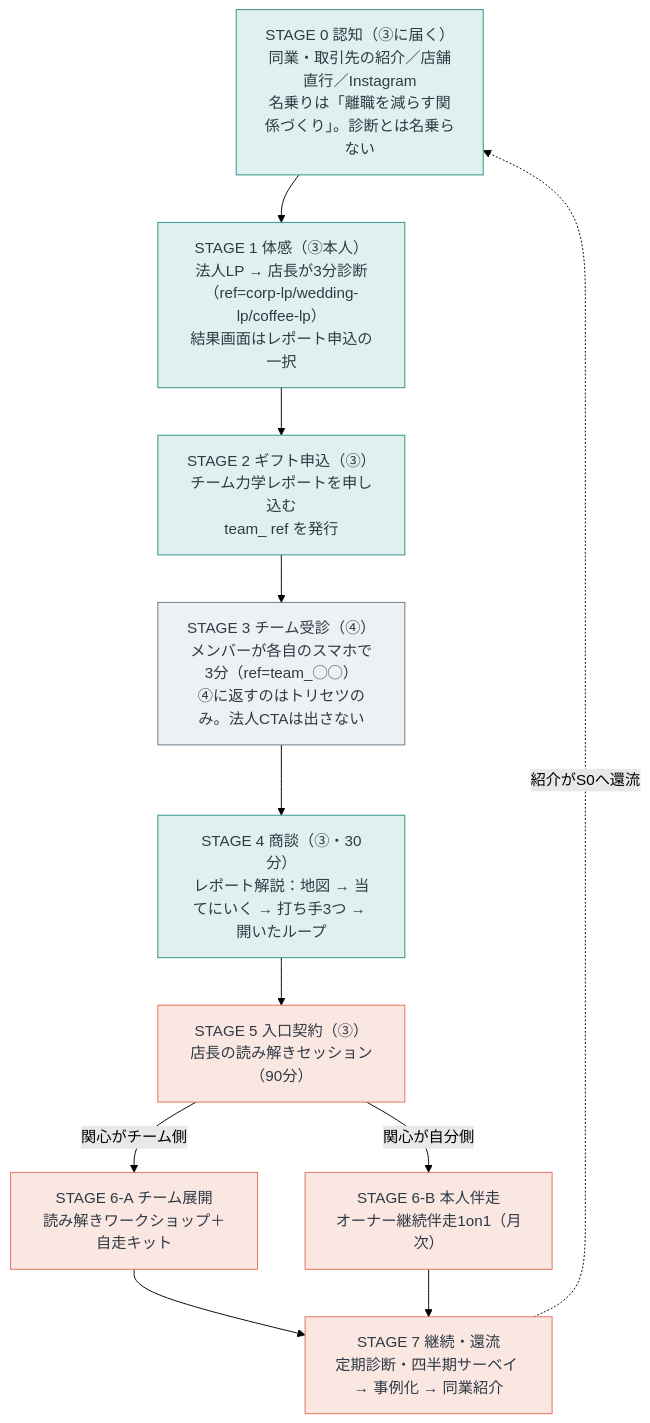
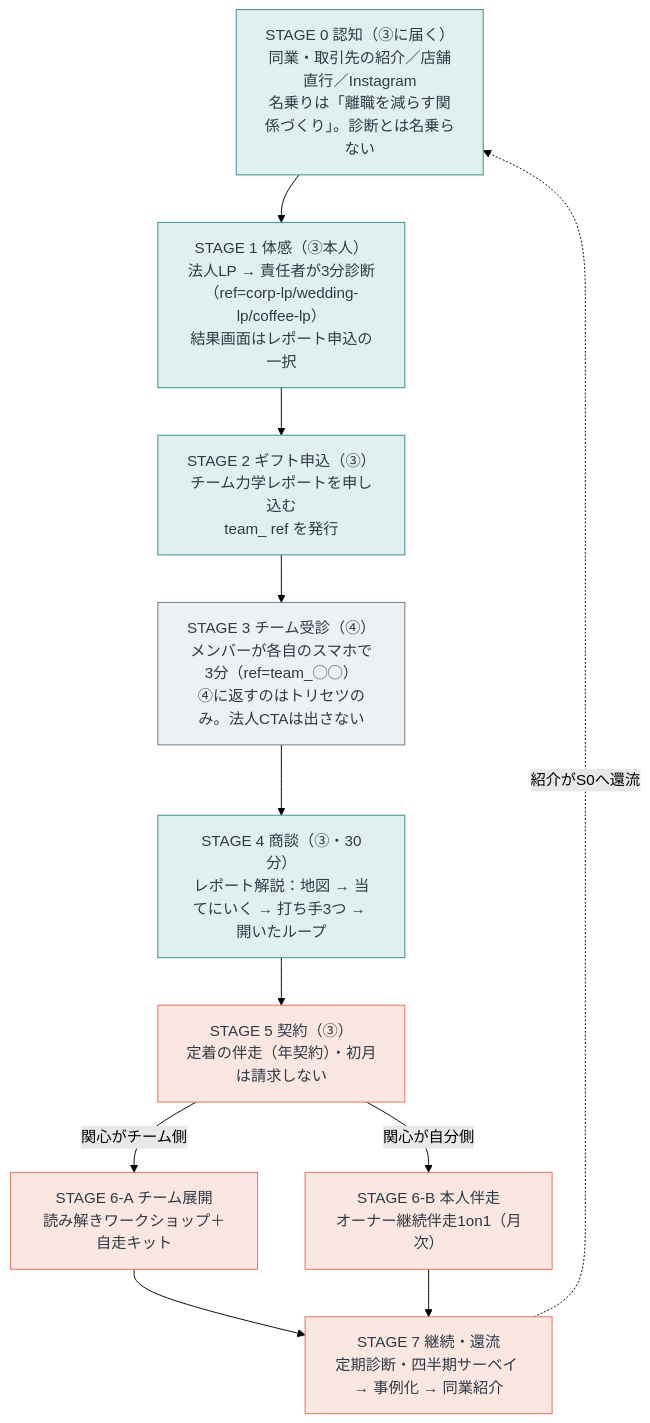
Before and after one commit to yuki-b4/work-relation-quiz: the diagram in 法人中心価値とファネル.md, drawn with Mermaid (forest theme). The commit also changed other lines of this file and 2 other files, not shown here.

````diff
--- a/法人中心価値とファネル.md
+++ b/法人中心価値とファネル.md
@@ -834,24 +891,24 @@
 ```mermaid
 flowchart TD
   S0["STAGE 0 認知（③に届く）<br/>同業・取引先の紹介／店舗直行／Instagram<br/>名乗りは「離職を減らす関係づくり」。診断とは名乗らない"]
-  S1["STAGE 1 体感（③本人）<br/>法人LP → 店長が3分診断（ref=corp-lp/wedding-lp/coffee-lp）<br/>結果画面はレポート申込の一択"]
+  S1["STAGE 1 体感（③本人）<br/>法人LP → 責任者が3分診断（ref=corp-lp/wedding-lp/coffee-lp）<br/>結果画面はレポート申込の一択"]
   S2["STAGE 2 ギフト申込（③）<br/>チーム力学レポートを申し込む<br/>team_ ref を発行"]
   S3["STAGE 3 チーム受診（④）<br/>メンバーが各自のスマホで3分（ref=team_◯◯）<br/>④に返すのはトリセツのみ。法人CTAは出さない"]
   S4["STAGE 4 商談（③・30分）<br/>レポート解説：地図 → 当てにいく → 打ち手3つ → 開いたループ"]
-  S5["STAGE 5 入口契約（③）<br/>店長の読み解きセッション（90分）"]
+  S5["STAGE 5 契約（③）<br/>定着の伴走（年契約）・初月は請求しない"]
   S6A["STAGE 6-A チーム展開<br/>読み解きワークショップ＋自走キット"]
   S6B["STAGE 6-B 本人伴走<br/>オーナー継続伴走1on1（月次）"]
   S7["STAGE 7 継続・還流<br/>定期診断・四半期サーベイ → 事例化 → 同業紹介"]
 
   S0 --> S1 --> S2 --> S3 --> S4 --> S5
   S5 -->|"関心がチーム側"| S6A
   S5 -->|"関心が自分側"| S6B
   S6A --> S7
   S6B --> S7
   S7 -.->|"紹介がS0へ還流"| S0
 
   classDef own fill:#E0F0EE,stroke:#2F8F88,color:#2E3A46;
   classDef mem fill:#EEF1F4,stroke:#6B7A87,color:#2E3A46;
   classDef pay fill:#FBE7E1,stroke:#E2705A,color:#2E3A46;
   class S0,S1,S2,S4 own; class S3 mem; class S5,S6A,S6B,S7 pay;
 ```
````
